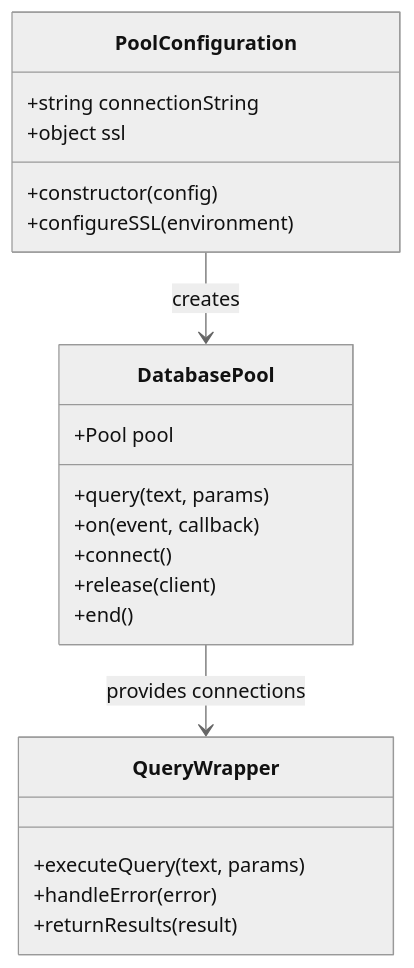
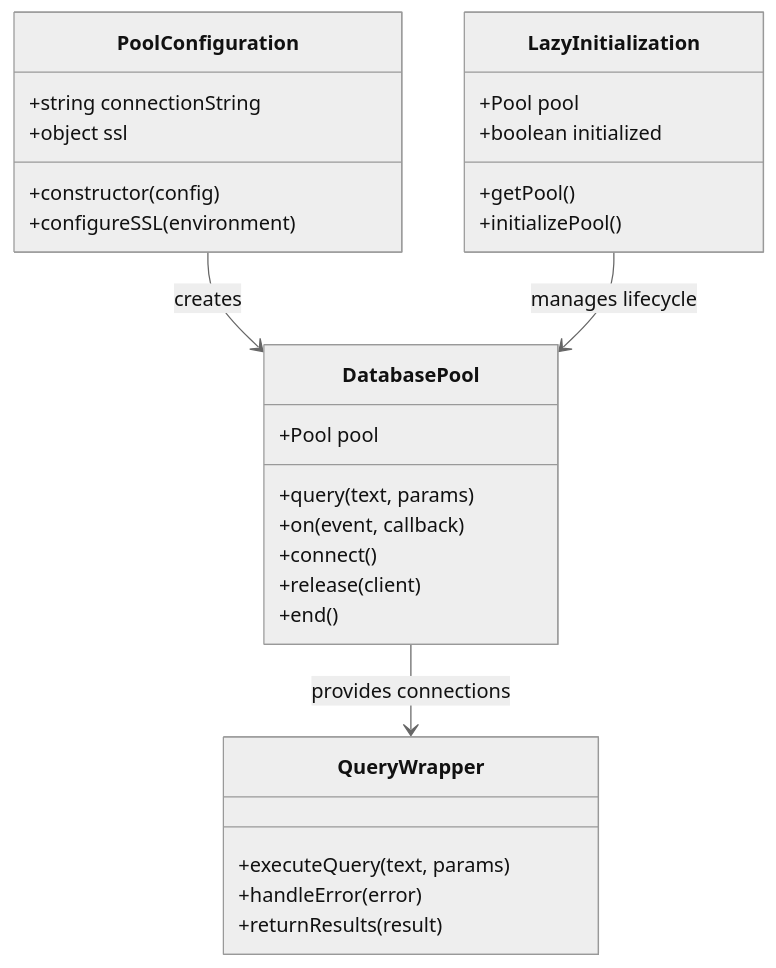
One commit to RunTimeAdmin/AgentID changed the third of 7 diagrams in .qoder/repowiki/en/content/Database Design/Connection Management.md. Above: the diagram before and after it, drawn with Mermaid (neutral theme). The commit also changed other lines of this file and 8 other files, not shown here.

````diff
--- a/.qoder/repowiki/en/content/Database Design/Connection Management.md
+++ b/.qoder/repowiki/en/content/Database Design/Connection Management.md
@@ -180,24 +205,31 @@
 ```mermaid
 classDiagram
 class PoolConfiguration {
 +string connectionString
 +object ssl
 +constructor(config)
 +configureSSL(environment)
 }
 class DatabasePool {
 +Pool pool
 +query(text, params)
 +on(event, callback)
 +connect()
 +release(client)
 +end()
 }
 class QueryWrapper {
 +executeQuery(text, params)
 +handleError(error)
 +returnResults(result)
 }
+class LazyInitialization {
++Pool pool
++boolean initialized
++getPool()
++initializePool()
+}
 PoolConfiguration --> DatabasePool : creates
 DatabasePool --> QueryWrapper : provides connections
+LazyInitialization --> DatabasePool : manages lifecycle
 ```
````
